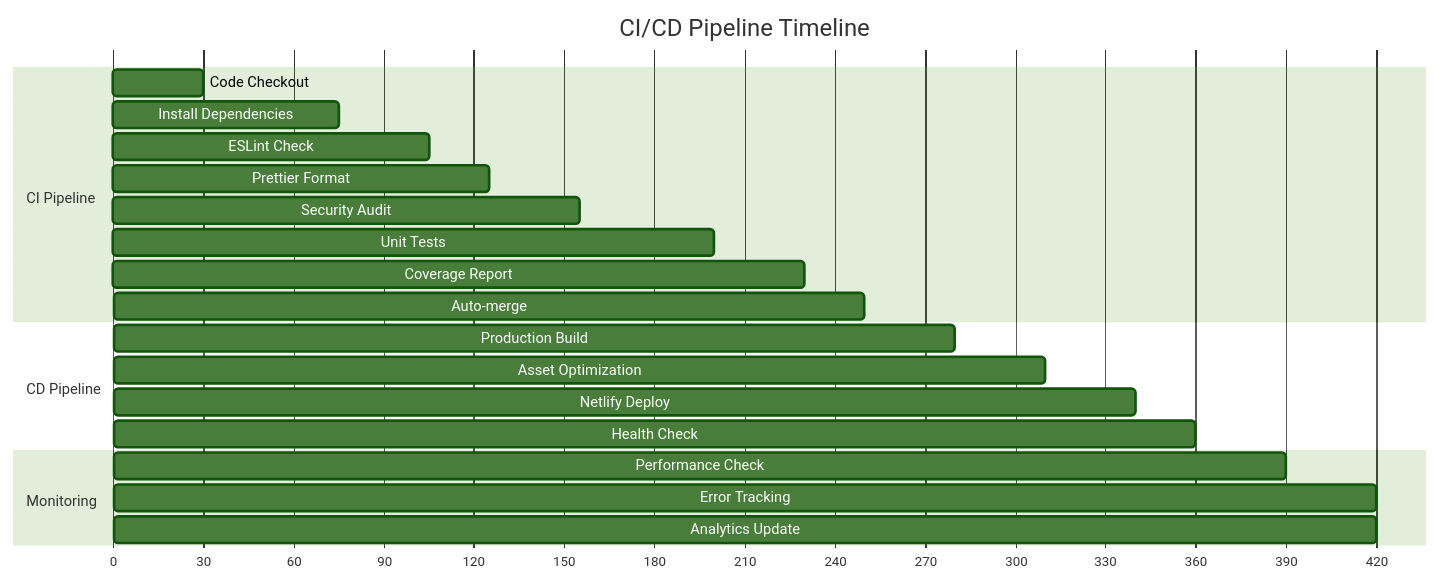
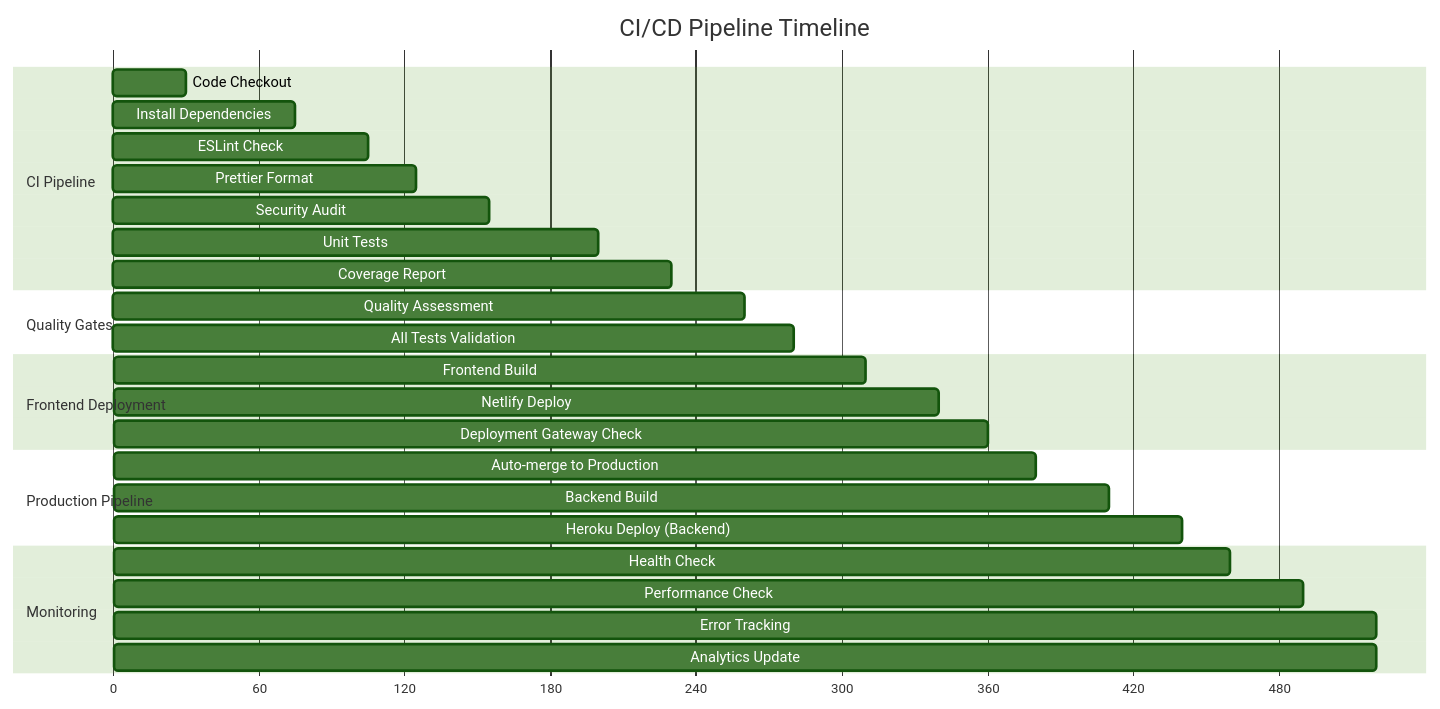
Before and after one commit to rynandasonduty/blackjackjs-cicd: the second of 10 diagrams in README.md, drawn with Mermaid (forest theme). The commit also changed other lines of this file, not shown here.

````diff
--- a/README.md
+++ b/README.md
@@ -164,27 +177,35 @@
 ```mermaid
 gantt
     title CI/CD Pipeline Timeline
     dateFormat  X
     axisFormat %s
-
+    
     section CI Pipeline
     Code Checkout     :0, 30
     Install Dependencies :30, 75
     ESLint Check      :75, 105
     Prettier Format   :105, 125
     Security Audit    :125, 155
     Unit Tests        :155, 200
     Coverage Report   :200, 230
-    Auto-merge        :230, 250
-
-    section CD Pipeline
-    Production Build  :250, 280
-    Asset Optimization :280, 310
+    
+    section Quality Gates
+    Quality Assessment :230, 260
+    All Tests Validation :260, 280
+    
+    section Frontend Deployment
+    Frontend Build    :280, 310
     Netlify Deploy    :310, 340
-    Health Check      :340, 360
-
+    Deployment Gateway Check :340, 360
+    
+    section Production Pipeline
+    Auto-merge to Production :360, 380
+    Backend Build     :380, 410
+    Heroku Deploy (Backend) :410, 440
+    
     section Monitoring
-    Performance Check :360, 390
-    Error Tracking    :360, 420
-    Analytics Update  :360, 420
+    Health Check      :440, 460
+    Performance Check :460, 490
+    Error Tracking    :460, 520
+    Analytics Update  :460, 520
 ```
````
